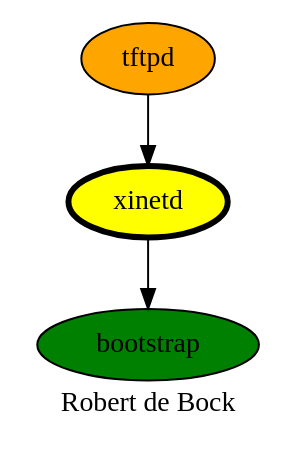
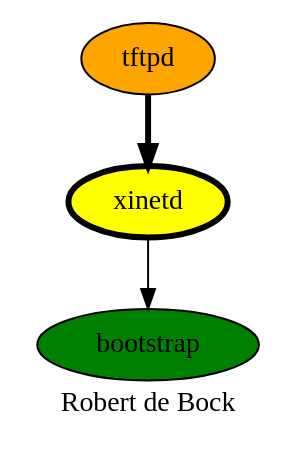
The diagram in xinetd.dot (robertdebock/robertdebock.github.io), drawn with Graphviz before and after one commit. The commit also changed 2 other files, not shown here.

```diff
--- a/xinetd.dot
+++ b/xinetd.dot
@@ -1,11 +1,11 @@
 digraph PhiloDilemma {
   label = "Robert de Bock" ;
   overlap=false
   {
     bootstrap [fillcolor=green style=filled]
     xinetd [fillcolor=yellow style=filled penwidth=3]
     tftpd [fillcolor=orange style=filled]
   }
   xinetd -> bootstrap
-  tftpd -> xinetd 
+  tftpd -> xinetd  [penwidth=3]
 }
```
